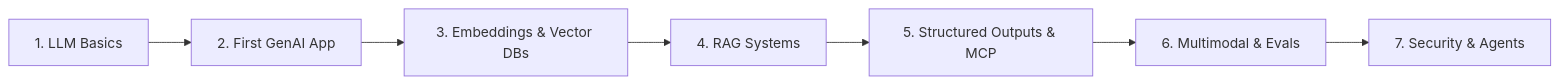
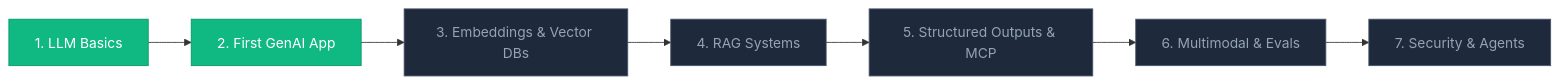
One commit to Harshit-Maurya838/fde-series changed the diagram in README.md. Above: the diagram before and after it, drawn with Mermaid. The commit also changed other lines of this file and 3 other files, not shown here.

````diff
--- a/README.md
+++ b/README.md
@@ -24,9 +24,17 @@
 ```mermaid
 flowchart LR
     P1["1. LLM Basics"] --> P2["2. First GenAI App"]
     P2 --> P3["3. Embeddings & Vector DBs"]
     P3 --> P4["4. RAG Systems"]
     P4 --> P5["5. Structured Outputs & MCP"]
     P5 --> P6["6. Multimodal & Evals"]
     P6 --> P7["7. Security & Agents"]
+    
+    style P1 fill:#10b981,stroke:#059669,color:#ffffff
+    style P2 fill:#10b981,stroke:#059669,color:#ffffff
+    style P3 fill:#1e293b,stroke:#475569,color:#94a3b8
+    style P4 fill:#1e293b,stroke:#475569,color:#94a3b8
+    style P5 fill:#1e293b,stroke:#475569,color:#94a3b8
+    style P6 fill:#1e293b,stroke:#475569,color:#94a3b8
+    style P7 fill:#1e293b,stroke:#475569,color:#94a3b8
 ```
````
